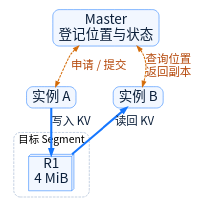
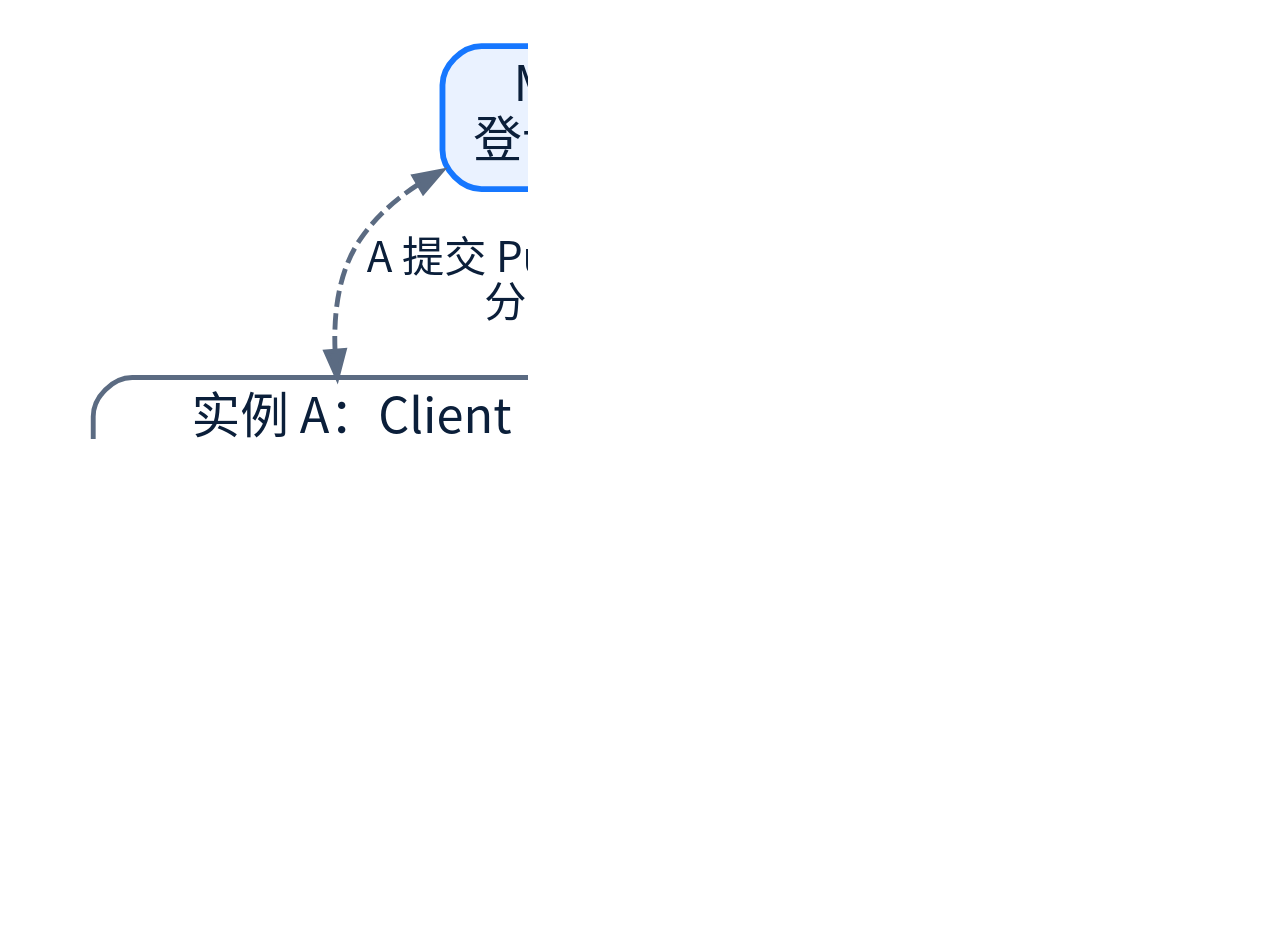
The diagram in mooncake-kv-cache-series/wechat/figures/01-shared-kv-cache-fig1.dot (Hansyangxingxiang/Mooncake), drawn with Graphviz before and after one commit. The commit also changed 9 other files, not shown here.

```diff
--- a/mooncake-kv-cache-series/wechat/figures/01-shared-kv-cache-fig1.dot
+++ b/mooncake-kv-cache-series/wechat/figures/01-shared-kv-cache-fig1.dot
@@ -1,30 +1,28 @@
 digraph G {
-  graph [rankdir=TB, bgcolor="white", pad=0.15, nodesep=0.35, ranksep=0.42,
-         fontname="Noto Sans CJK SC"];
-  node [shape=box, style="rounded,filled", fillcolor="#F2F7FF", color="#1677FF",
-        fontcolor="#0B1F3A", fontname="Noto Sans CJK SC", fontsize=26,
-        margin="0.14,0.09"];
-  edge [fontname="Noto Sans CJK SC", fontsize=22, color="#D46B08",
-        fontcolor="#B5480A", penwidth=2, style=dashed, arrowsize=1.0];
+  graph [rankdir=TB, bgcolor="white", pad=0.18, nodesep=0.32, ranksep=0.4,
+         fontname="Noto Sans CJK SC", dpi=180];
+  node [shape=box, style="rounded,filled", fillcolor="#FFFFFF", color="#5B6B82",
+        fontcolor="#0B1F3A", fontname="Noto Sans CJK SC", fontsize=15,
+        penwidth=1.5, margin="0.12,0.07"];
+  edge [fontname="Noto Sans CJK SC", fontsize=13, color="#5B6B82",
+        fontcolor="#0B1F3A", penwidth=1.5, style=dashed, arrowsize=0.8];
 
-  M  [label="Master\n登记位置与状态"];
-  A  [label="实例 A"];
-  B  [label="实例 B"];
+  M  [label="Master 目录\n登记副本与状态", fillcolor="#EAF2FF", color="#1677FF", penwidth=1.8];
+  A  [label="实例 A：Client\n内嵌 Transfer Engine"];
+  B  [label="实例 B：Client\n内嵌 Transfer Engine"];
   subgraph cluster_seg {
-    label="目标 Segment";
-    fontname="Noto Sans CJK SC"; fontsize=20; color="#8FA6C8";
-    style="rounded,dashed"; margin=12;
-    R1 [label="R1\n4 MiB", shape=box3d];
+    label="目标 Store Segment";
+    fontname="Noto Sans CJK SC"; fontsize=13; fontcolor="#5B6B82";
+    color="#8FA6C8"; style="rounded,dashed"; margin=26;
+    R1 [label="R1\n4 MiB 有效负载", shape=box3d, fillcolor="#ECFDF5",
+        color="#15803D", penwidth=1.5];
   }
 
-  M -> A [style=invis, weight=10];
-  M -> B [style=invis, weight=10];
+  M -> A [dir=both, label="A 提交 PutStart / PutEnd\n分配 R1 位置"];
+  M -> B [dir=both, label="B 查询可读副本\n返回 R1 位置与租约"];
   { rank=same; A; B; }
-
-  M -> A  [dir=both, label="申请 / 提交"];
-  M -> B  [dir=both, label="查询位置\n返回副本"];
-  A -> R1 [label="写入 KV", style=bold, color="#1677FF",
-           fontcolor="#0B1F3A", penwidth=4];
-  R1 -> B [label="读回 KV", constraint=false, style=bold,
-           color="#1677FF", fontcolor="#0B1F3A", penwidth=4];
+  A -> R1 [label="写入对象字节（TE）", style=bold, color="#1677FF",
+           fontcolor="#0B1F3A", penwidth=3.5, arrowsize=1.0];
+  R1 -> B [label="读回对象字节（TE）", constraint=false, style=bold,
+           color="#1677FF", fontcolor="#0B1F3A", penwidth=3.5, arrowsize=1.0];
 }
```
